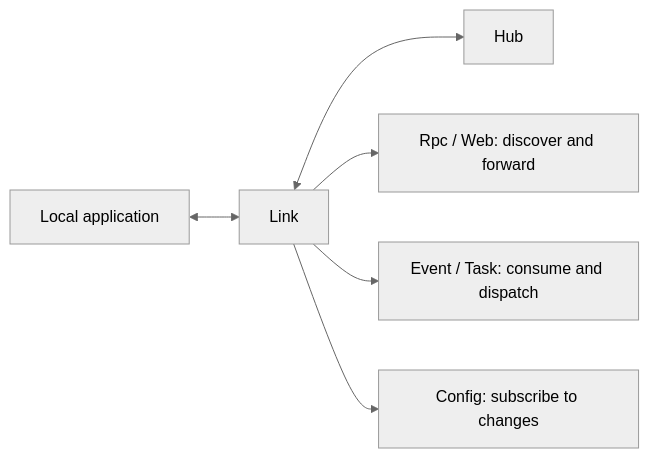
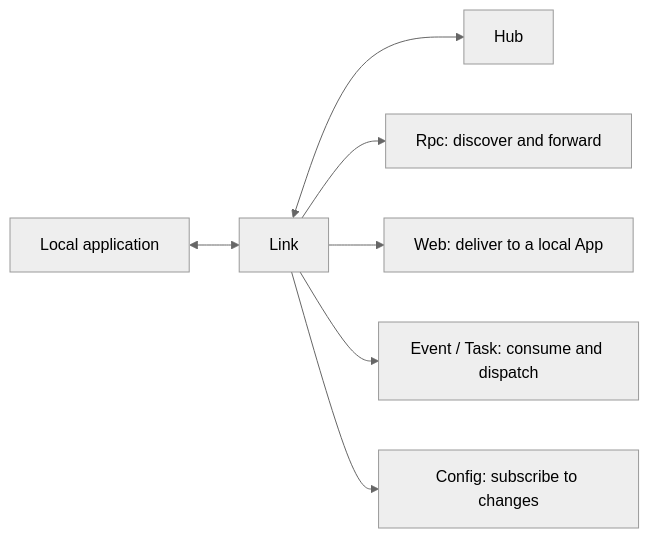
The diagram in docs/runtime/link.md (yorun-ai/vine-site), drawn with Mermaid (neutral theme) before and after one commit. The commit also changed other lines of this file and 95 other files, not shown here.

````diff
--- a/docs/runtime/link.md
+++ b/docs/runtime/link.md
@@ -9,7 +10,8 @@
 ```mermaid
 flowchart LR
   App["Local application"] <--> Link["Link"] <--> Hub["Hub"]
-  Link --> RpcWeb["Rpc / Web: discover and forward"]
+  Link --> Rpc["Rpc: discover and forward"]
+  Link --> Web["Web: deliver to a local App"]
   Link --> EventTask["Event / Task: consume and dispatch"]
   Link --> Config["Config: subscribe to changes"]
 ```
````
